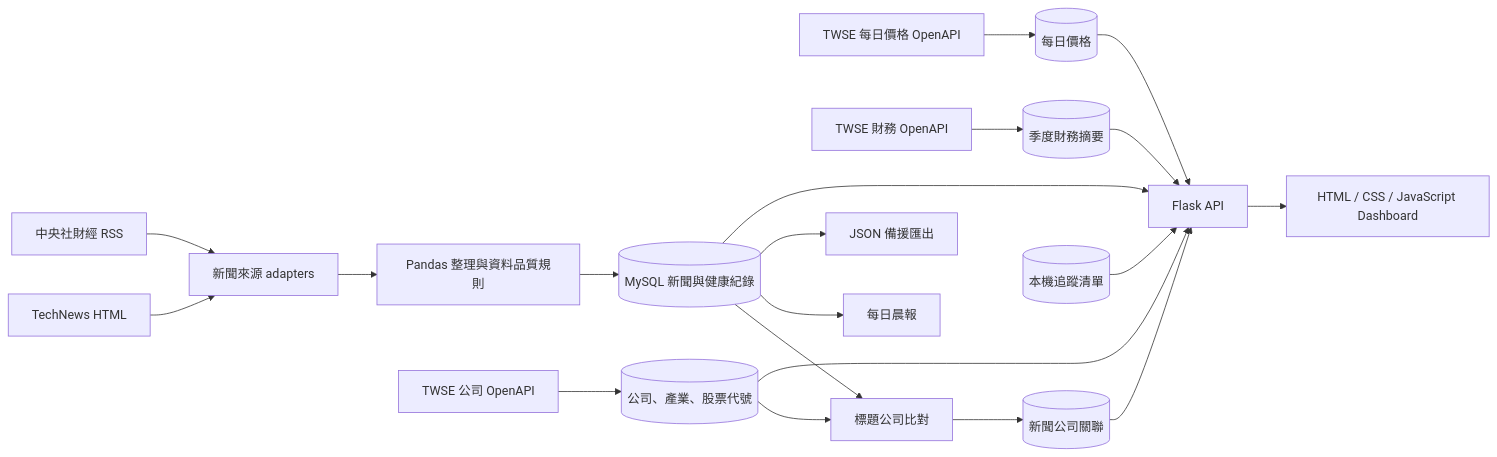
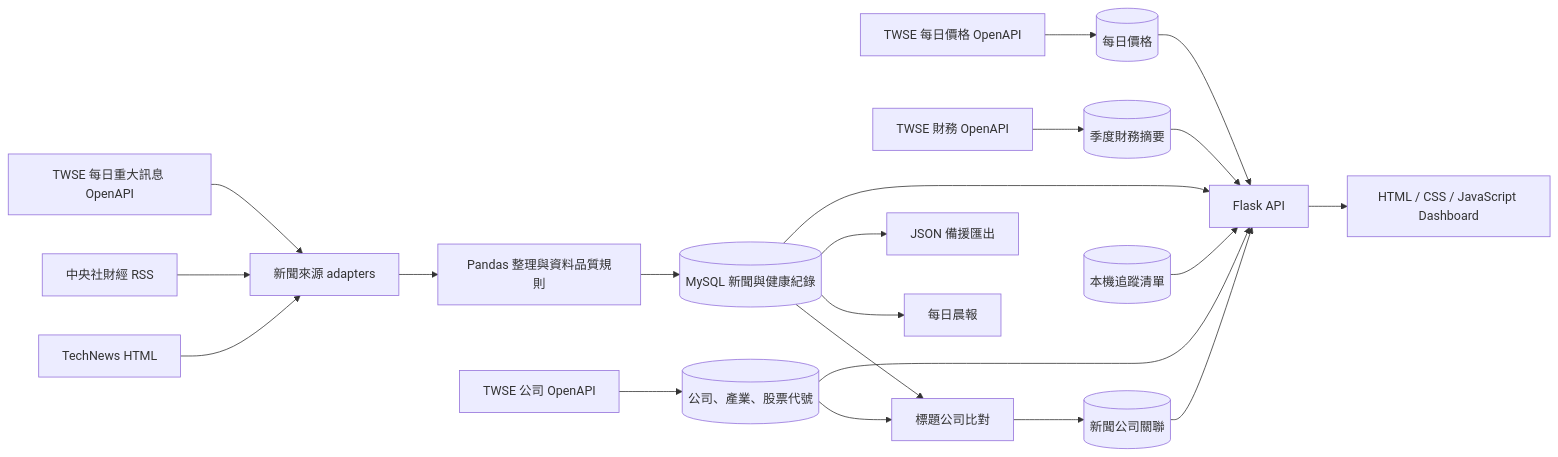
Before and after one commit to OllieHu12304/Morning-Alpha: the diagram in README.md, drawn with Mermaid. The commit also changed other lines of this file and 13 other files, not shown here.

````diff
--- a/README.md
+++ b/README.md
@@ -32,25 +33,26 @@
 ```mermaid
 flowchart LR
     A["TechNews HTML"] --> C["新聞來源 adapters"]
     B["中央社財經 RSS"] --> C
+    S["TWSE 每日重大訊息 OpenAPI"] --> C
     C --> D["Pandas 整理與資料品質規則"]
     D --> E[("MySQL 新聞與健康紀錄")]
 
     F["TWSE 公司 OpenAPI"] --> G[("公司、產業、股票代號")]
     H["TWSE 每日價格 OpenAPI"] --> I[("每日價格")]
     J["TWSE 財務 OpenAPI"] --> K[("季度財務摘要")]
 
     E --> L["標題公司比對"]
     G --> L
     L --> M[("新聞公司關聯")]
 
     E --> N["每日晨報"]
     E --> O["JSON 備援匯出"]
     E --> P["Flask API"]
     G --> P
     I --> P
     K --> P
     M --> P
     Q[("本機追蹤清單")] --> P
     P --> R["HTML / CSS / JavaScript Dashboard"]
 ```
````
